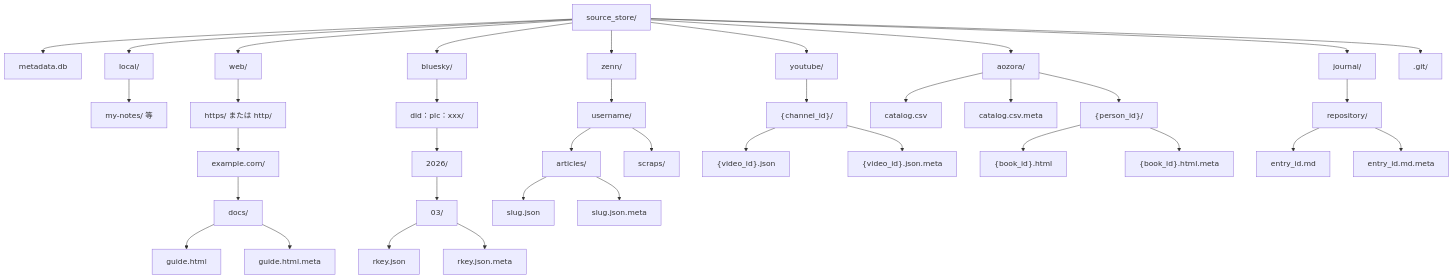
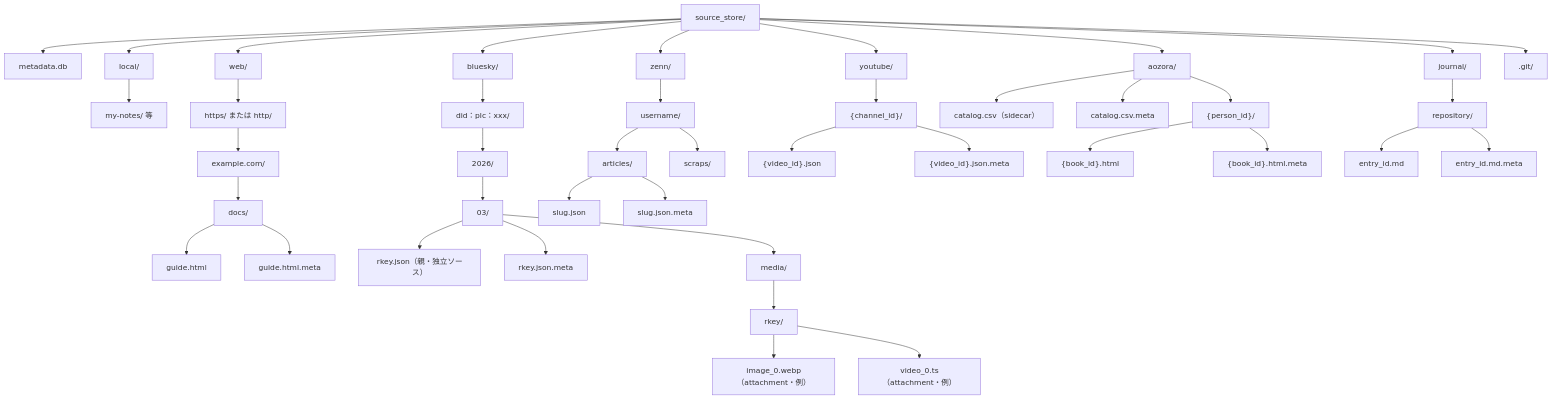
Before and after one commit to becky3/rag-knowledge: the diagram in docs/specs/source-store.md, drawn with Mermaid. The commit also changed other lines of this file and 4 other files, not shown here.

````diff
--- a/docs/specs/source-store.md
+++ b/docs/specs/source-store.md
@@ -112,41 +197,45 @@
 ```mermaid
 flowchart TD
     SS["source_store/"]
     SS --> META_DB["metadata.db"]
     SS --> LOCAL["local/"]
     SS --> WEB["web/"]
     SS --> BS["bluesky/"]
     SS --> ZENN["zenn/"]
     SS --> YT["youtube/"]
     SS --> AZ["aozora/"]
     SS --> JNL["journal/"]
     SS --> DOT_GIT[".git/"]
 
     LOCAL --> L_USER["my-notes/ 等"]
     WEB --> W_PROTO["https/ または http/"]
     W_PROTO --> W_DOMAIN["example.com/"]
     W_DOMAIN --> W_PATH["docs/"]
     W_PATH --> W_FILE["guide.html"]
     W_PATH --> W_META["guide.html.meta"]
     BS --> BS_DID["did：plc：xxx/"]
     BS_DID --> BS_YEAR["2026/"]
     BS_YEAR --> BS_MONTH["03/"]
-    BS_MONTH --> BS_POST["rkey.json"]
+    BS_MONTH --> BS_POST["rkey.json（親・独立ソース）"]
     BS_MONTH --> BS_POST_META["rkey.json.meta"]
+    BS_MONTH --> BS_MEDIA["media/"]
+    BS_MEDIA --> BS_MEDIA_RKEY["rkey/"]
+    BS_MEDIA_RKEY --> BS_IMG["image_0.webp（attachment・例）"]
+    BS_MEDIA_RKEY --> BS_VID["video_0.ts（attachment・例）"]
     ZENN --> Z_USER["username/"]
     Z_USER --> Z_ART["articles/"]
     Z_USER --> Z_SCR["scraps/"]
     Z_ART --> Z_SLUG["slug.json"]
     Z_ART --> Z_SLUG_META["slug.json.meta"]
     YT --> YT_CH["{channel_id}/"]
     YT_CH --> YT_VID["{video_id}.json"]
     YT_CH --> YT_VID_META["{video_id}.json.meta"]
-    AZ --> AZ_CAT["catalog.csv"]
+    AZ --> AZ_CAT["catalog.csv（sidecar）"]
     AZ --> AZ_CAT_META["catalog.csv.meta"]
     AZ --> AZ_PERSON["{person_id}/"]
     AZ_PERSON --> AZ_BOOK["{book_id}.html"]
     AZ_PERSON --> AZ_BOOK_META["{book_id}.html.meta"]
     JNL --> JNL_REPO["repository/"]
     JNL_REPO --> JNL_ENTRY["entry_id.md"]
     JNL_REPO --> JNL_META["entry_id.md.meta"]
 ```
````
